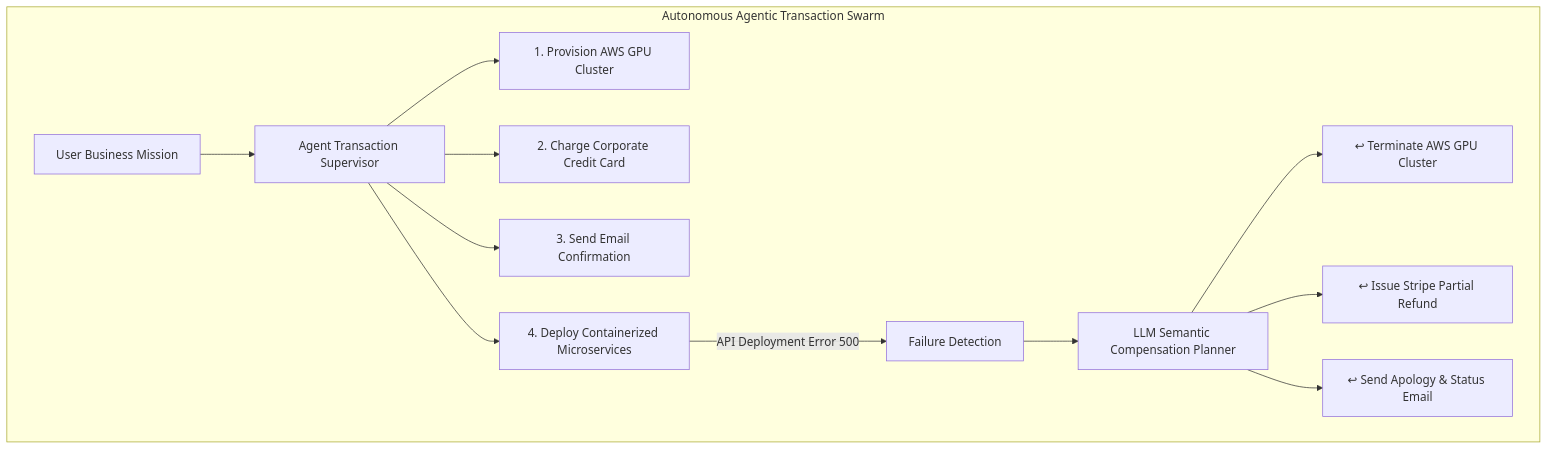
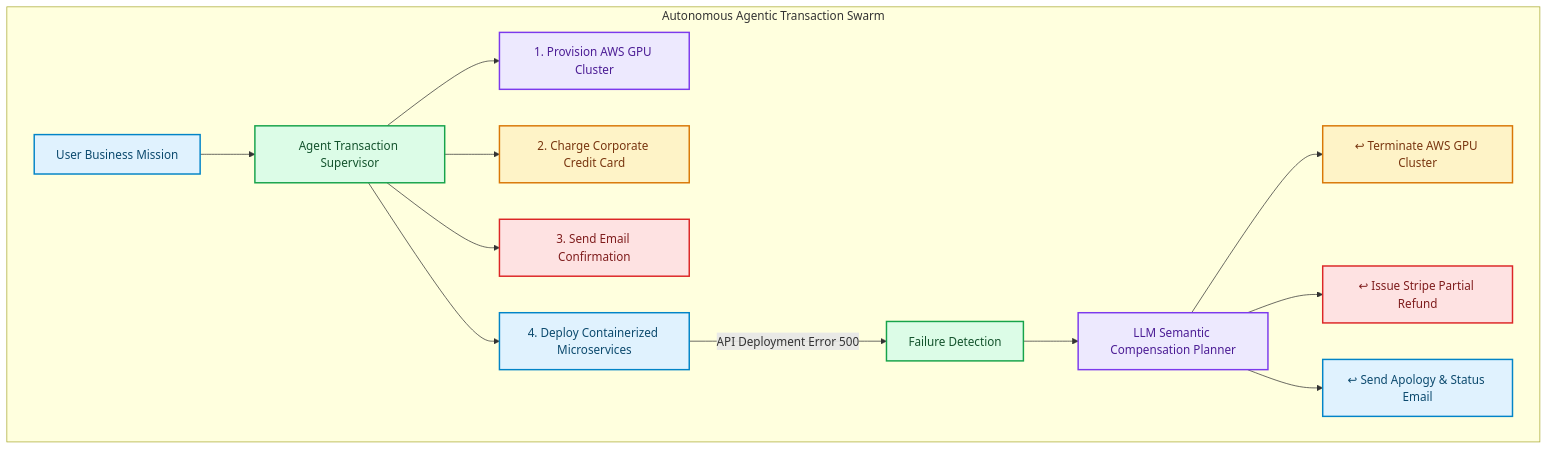
The third of 3 diagrams in blog/posts/distributed-transactions-evolution-future-calvin-deterministic-rdma-cxl-agentic.md (akmalkhaniub/akmalkhaniub.github.io), drawn with Mermaid before and after one commit. The commit also changed other lines of this file and 1291 other files, not shown here.

First line of the commit message:
feat(catalog): unique covers, scholarly references, and diagram palettes

````diff
--- a/blog/posts/distributed-transactions-evolution-future-calvin-deterministic-rdma-cxl-agentic.md
+++ b/blog/posts/distributed-transactions-evolution-future-calvin-deterministic-rdma-cxl-agentic.md
@@ -97,17 +108,28 @@
 ```mermaid
 flowchart TD
   subgraph SG2_AutonomousAgenticTransaction ["Autonomous Agentic Transaction Swarm"]
-    Mission[User Business Mission] --> AgentCoordinator[Agent Transaction Supervisor]
-    AgentCoordinator --> TaskA[1. Provision AWS GPU Cluster]
-    AgentCoordinator --> TaskB[2. Charge Corporate Credit Card]
-    AgentCoordinator --> TaskC[3. Send Email Confirmation]
-    AgentCoordinator --> TaskD[4. Deploy Containerized Microservices]
+    Mission["User Business Mission"] --> AgentCoordinator["Agent Transaction Supervisor"]
+    AgentCoordinator --> TaskA["1. Provision AWS GPU Cluster"]
+    AgentCoordinator --> TaskB["2. Charge Corporate Credit Card"]
+    AgentCoordinator --> TaskC["3. Send Email Confirmation"]
+    AgentCoordinator --> TaskD["4. Deploy Containerized Microservices"]
     
-    TaskD -->|API Deployment Error 500| Failure[Failure Detection]
-    Failure --> SemanticPlanner[LLM Semantic Compensation Planner]
+    TaskD -->|API Deployment Error 500| Failure["Failure Detection"]
+    Failure --> SemanticPlanner["LLM Semantic Compensation Planner"]
     
-    SemanticPlanner --> CompA[↩ Terminate AWS GPU Cluster]
-    SemanticPlanner --> CompB[↩ Issue Stripe Partial Refund]
-    SemanticPlanner --> CompC[↩ Send Apology & Status Email]
+    SemanticPlanner --> CompA["↩ Terminate AWS GPU Cluster"]
+    SemanticPlanner --> CompB["↩ Issue Stripe Partial Refund"]
+    SemanticPlanner --> CompC["↩ Send Apology & Status Email"]
   end
+
+classDef green fill:#dcfce7,stroke:#16a34a,stroke-width:2px,color:#14532d;
+classDef red fill:#fee2e2,stroke:#dc2626,stroke-width:2px,color:#7f1d1d;
+classDef blue fill:#e0f2fe,stroke:#0284c7,stroke-width:2px,color:#0c4a6e;
+classDef yellow fill:#fef3c7,stroke:#d97706,stroke-width:2px,color:#78350f;
+classDef purple fill:#ede9fe,stroke:#7c3aed,stroke-width:2px,color:#4c1d95;
+class Mission,TaskD,CompC blue
+class AgentCoordinator,Failure green
+class TaskA,SemanticPlanner purple
+class TaskB,CompA yellow
+class TaskC,CompB red
 ```
````
